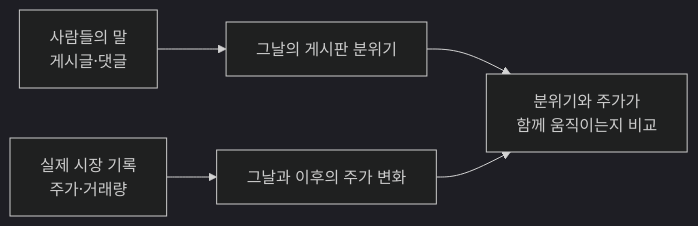
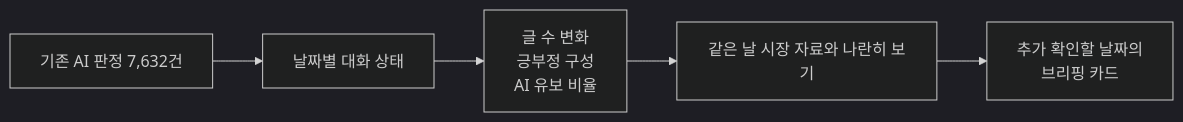
Before and after one commit to devCollegit/social_media_2026: the diagram in 김정기/README.md, drawn with Mermaid (dark theme). The commit also changed other lines of this file and 9 other files, not shown here.

````diff
--- a/김정기/README.md
+++ b/김정기/README.md
@@ -19,7 +20,7 @@
 ```mermaid
 flowchart LR
-    A["사람들의 말<br/>게시글·댓글"] --> C["그날의 게시판 분위기"]
-    B["실제 시장 기록<br/>주가·거래량"] --> D["그날과 이후의 주가 변화"]
-    C --> E["분위기와 주가가<br/>함께 움직이는지 비교"]
-    D --> E
+ A["기존 AI 판정 7,632건"] --> B["날짜별 대화 상태"]
+ B --> C["글 수 변화<br/>긍부정 구성<br/>AI 유보 비율"]
+ C --> D["같은 날 시장 자료와 나란히 보기"]
+ D --> E["추가 확인할 날짜의<br/>브리핑 카드"]
 ```
````
